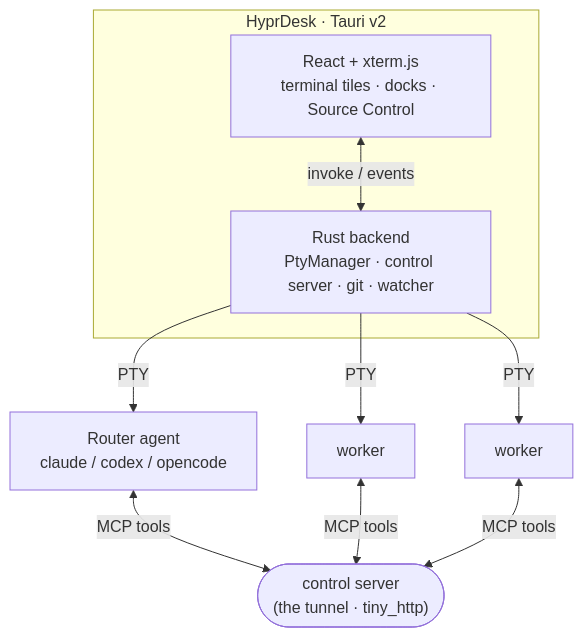
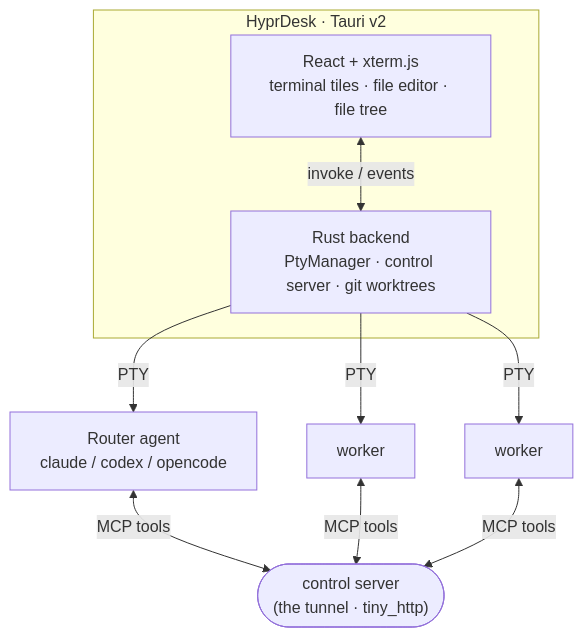
The first of 2 diagrams in README.md (Mats2208/hyprdesk), drawn with Mermaid before and after one commit. The commit also changed other lines of this file and 3 other files, not shown here.

````diff
--- a/README.md
+++ b/README.md
@@ -108,15 +109,15 @@
 ```mermaid
 flowchart TB
   subgraph APP["HyprDesk · Tauri v2"]
-    FE["React + xterm.js<br/>terminal tiles · docks · Source Control"]
-    BE["Rust backend<br/>PtyManager · control server · git · watcher"]
+    FE["React + xterm.js<br/>terminal tiles · file editor · file tree"]
+    BE["Rust backend<br/>PtyManager · control server · git worktrees"]
     FE <-->|invoke / events| BE
   end
   BE -->|PTY| R["Router agent<br/>claude / codex / opencode"]
   BE -->|PTY| W1["worker"]
   BE -->|PTY| W2["worker"]
   HUB(["control server<br/>(the tunnel · tiny_http)"])
   R <-->|MCP tools| HUB
   W1 <-->|MCP tools| HUB
   W2 <-->|MCP tools| HUB
 ```
````
